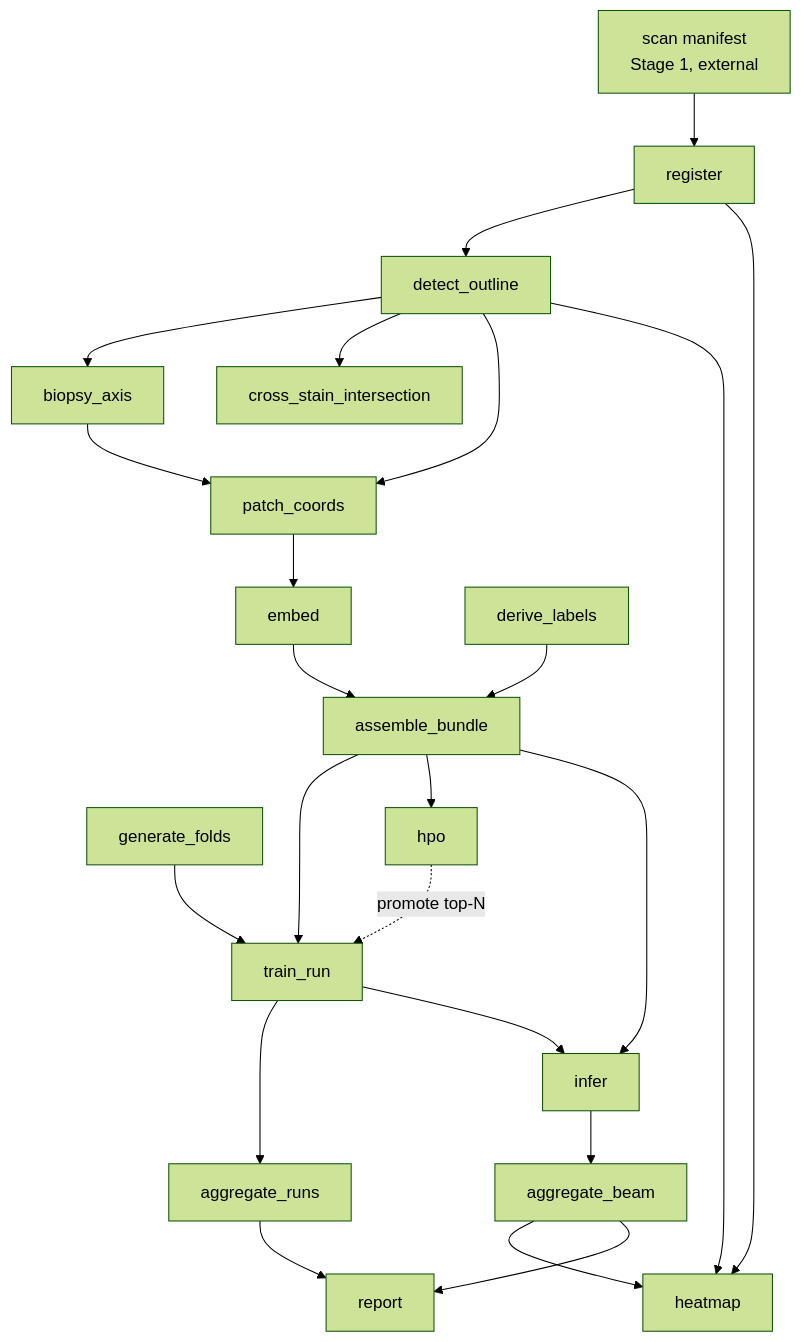
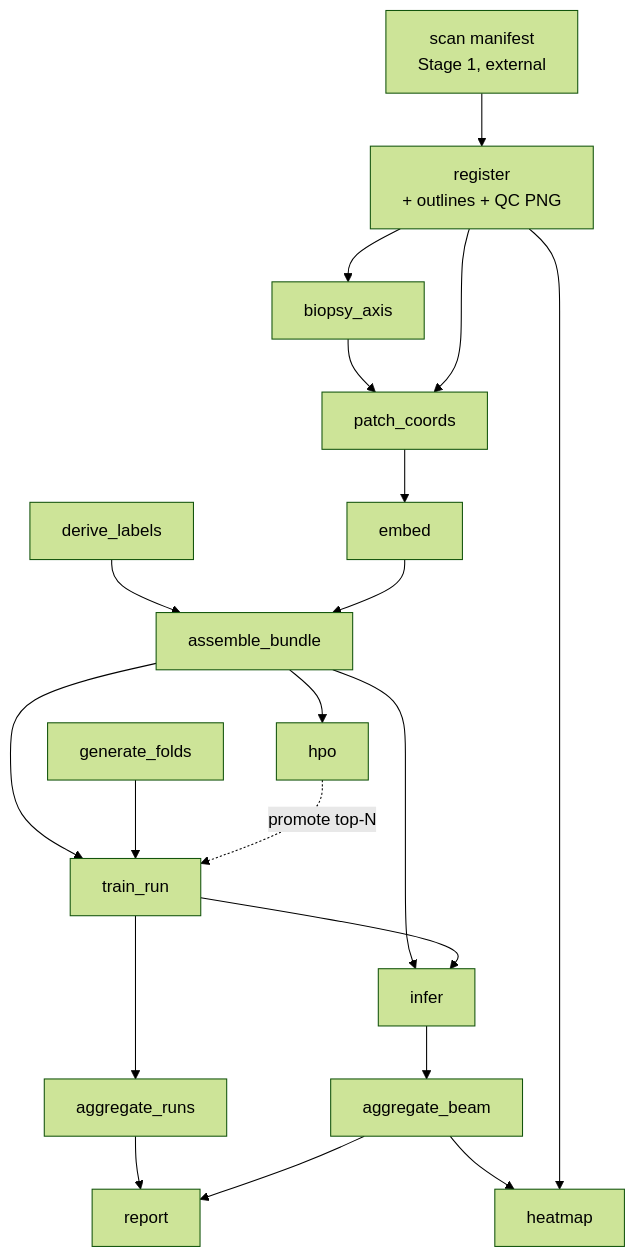
Before and after one commit to TheodorLindberg/SPRINTER_CLAM_DESIGN: the diagram in docs/impl/workflow.md, drawn with Mermaid (forest theme). The commit also changed other lines of this file and 3 other files, not shown here.

First line of the commit message:
Fold outlines into the registration step; VALIS tissue + QC PNG

````diff
--- a/docs/impl/workflow.md
+++ b/docs/impl/workflow.md
@@ -76,30 +76,27 @@
 ```mermaid
 flowchart TD
-    M[scan manifest<br/>Stage 1, external] --> REG[register]
-    REG --> OUT[detect_outline]
-    OUT --> AX[biopsy_axis]
-    OUT --> XS[cross_stain_intersection]
+    M[scan manifest<br/>Stage 1, external] --> REG[register<br/>+ outlines + QC PNG]
+    REG --> AX[biopsy_axis]
 
     AX --> PC[patch_coords]
-    OUT --> PC
+    REG --> PC
     PC --> EMB[embed]
     LB[derive_labels] --> BUN
     EMB --> BUN[assemble_bundle]
 
     BUN --> TR[train_run]
     FG[generate_folds] --> TR
     BUN --> HPO[hpo]
     HPO -. promote top-N .-> TR
     TR --> AGG[aggregate_runs]
 
     BUN --> INF[infer]
     TR --> INF
     INF --> BEAM[aggregate_beam]
 
     BEAM --> HM[heatmap]
     REG --> HM
-    OUT --> HM
 
     AGG --> REP[report]
     BEAM --> REP
 ```
````
